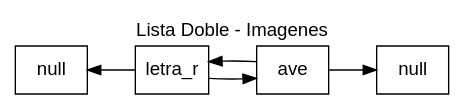
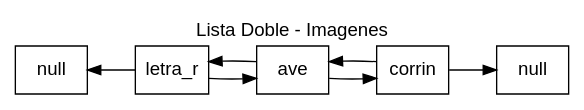
The diagram in Reportes/ListaDoble.dot (brandonT2002/EDD_VJ1S2023_PY_202112030), drawn with Graphviz before and after one commit. The commit also changed 10 other files, not shown here.

```diff
--- a/Reportes/ListaDoble.dot
+++ b/Reportes/ListaDoble.dot
@@ -1,12 +1,13 @@
 digraph G {
 fontname="Arial"label="Lista Doble - Imagenes"
 labelloc = t
 rankdir=LR;
 node[shape="box" fontname="Arial"];
 null0 [label="null"]
 null1 [label="null"]
 nodo_0 [label="letra_r"];
 nodo_1 [label="ave"];
-nodo_0 -> nodo_1 -> null0;
-null1 -> nodo_0 -> nodo_1[dir="back"] ;
+nodo_2 [label="corrin"];
+nodo_0 -> nodo_1 -> nodo_2 -> null0;
+null1 -> nodo_0 -> nodo_1 -> nodo_2[dir="back"] ;
 }
```
